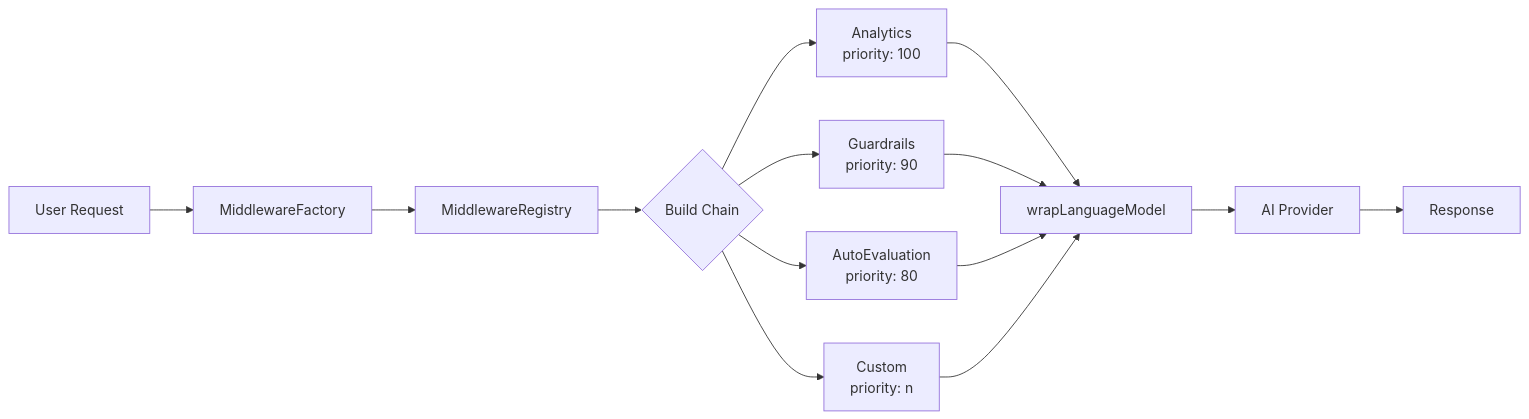
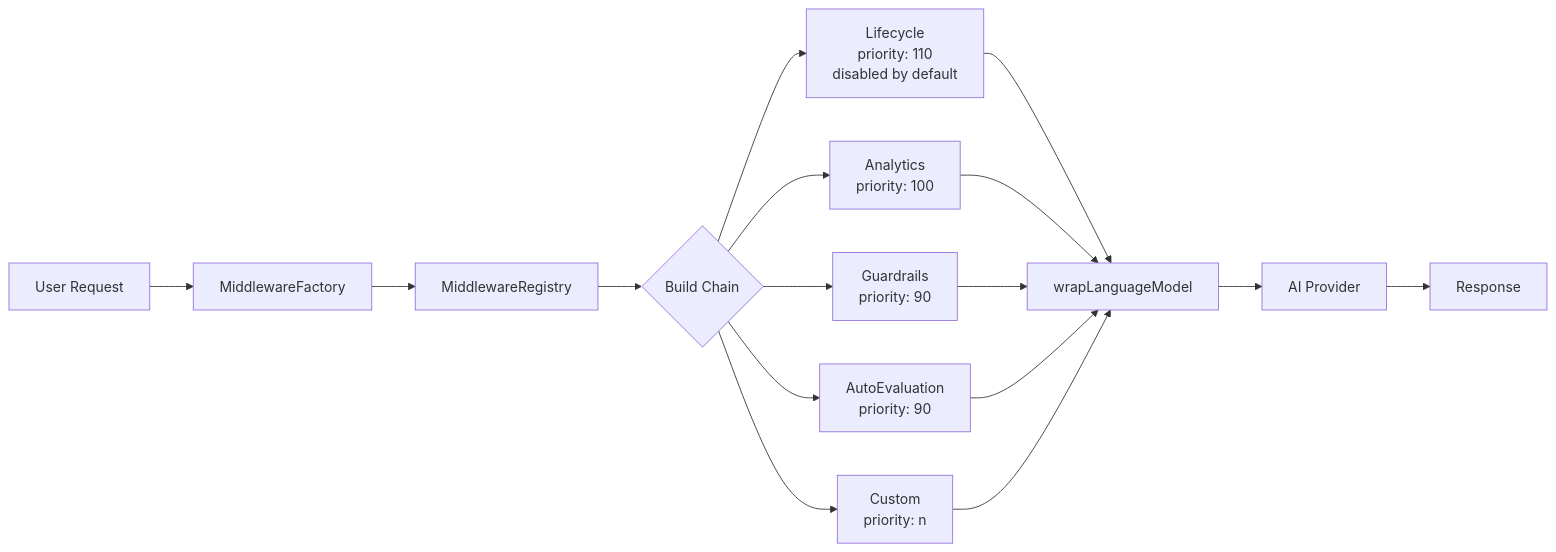
Before and after one commit to juspay/neurolink-blog: the first of 2 diagrams in _posts/2025-08-20-middleware-system.md, drawn with Mermaid. The commit also changed other lines of this file and 172 other files, not shown here.

````diff
--- a/_posts/2025-08-20-middleware-system.md
+++ b/_posts/2025-08-20-middleware-system.md
@@ -38,16 +38,18 @@
 ```mermaid
 flowchart LR
-    A[User Request] --> B[MiddlewareFactory]
-    B --> C[MiddlewareRegistry]
-    C --> D{Build Chain}
-    D --> E[Analytics\npriority: 100]
-    D --> F[Guardrails\npriority: 90]
-    D --> G[AutoEvaluation\npriority: 80]
-    D --> H[Custom\npriority: n]
-    E --> I[wrapLanguageModel]
-    F --> I
-    G --> I
-    H --> I
-    I --> J[AI Provider]
-    J --> K[Response]
+    A["User Request"] --> B["MiddlewareFactory"]
+    B --> C["MiddlewareRegistry"]
+    C --> D{"Build Chain"}
+    D --> E["Lifecycle<br/>priority: 110<br/>disabled by default"]
+    D --> F["Analytics<br/>priority: 100"]
+    D --> G["Guardrails<br/>priority: 90"]
+    D --> H["AutoEvaluation<br/>priority: 90"]
+    D --> I["Custom<br/>priority: n"]
+    E --> J["wrapLanguageModel"]
+    F --> J
+    G --> J
+    H --> J
+    I --> J
+    J --> K["AI Provider"]
+    K --> L["Response"]
 ```
````
